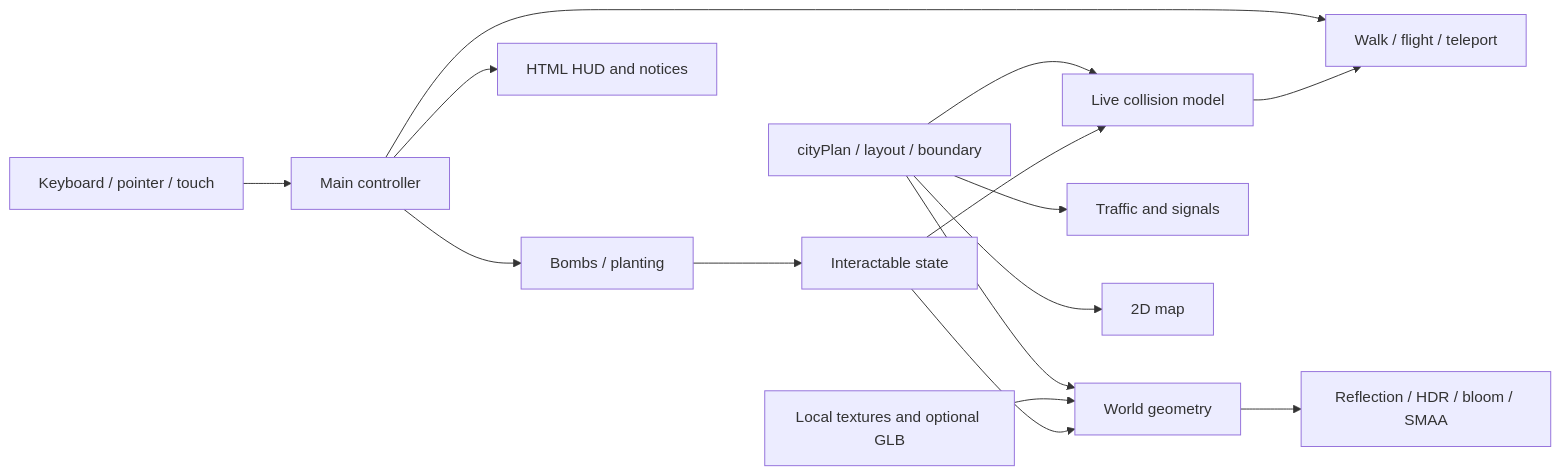
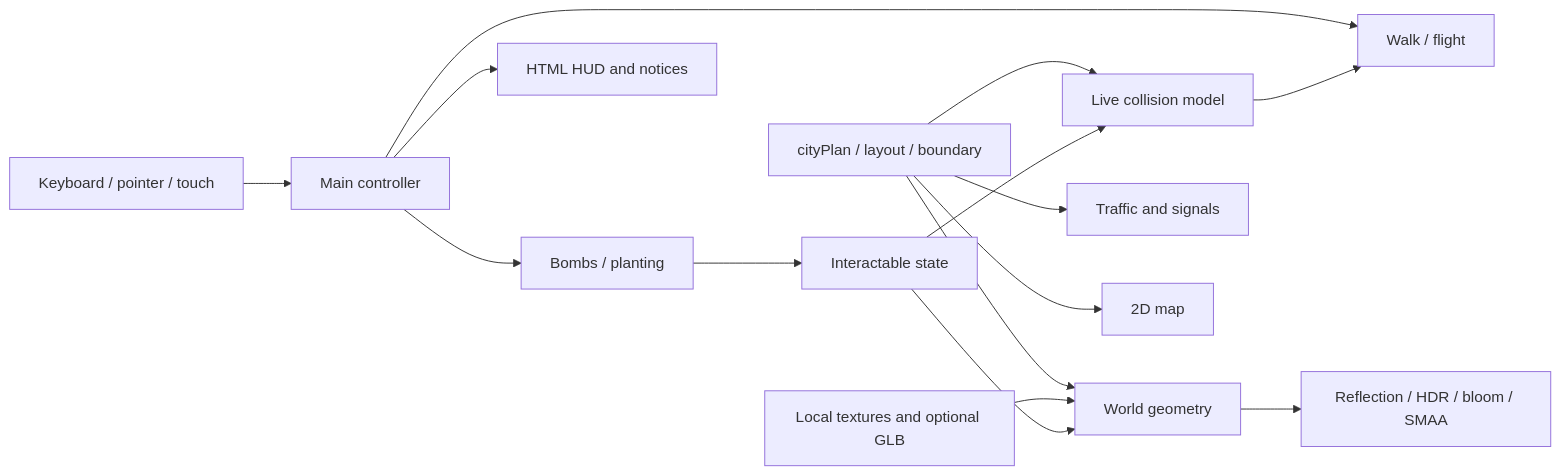
Before and after one commit to hckmstrrahul/rpg-isomaptric: the diagram in docs/ENGINEERING.md, drawn with Mermaid. The commit also changed other lines of this file and 12 other files, not shown here.

````diff
--- a/docs/ENGINEERING.md
+++ b/docs/ENGINEERING.md
@@ -9,17 +9,17 @@
 ```mermaid
 flowchart LR
   Plan[cityPlan / layout / boundary] --> World[World geometry]
   Plan --> Collision[Live collision model]
   Plan --> Traffic[Traffic and signals]
   Plan --> Map[2D map]
   Assets[Local textures and optional GLB] --> World
   Input[Keyboard / pointer / touch] --> Controller[Main controller]
-  Controller --> Travel[Walk / flight / teleport]
+  Controller --> Travel[Walk / flight]
   Collision --> Travel
   Controller --> Sandbox[Bombs / planting]
   Sandbox --> Objects[Interactable state]
   Objects --> Collision
   Objects --> World
   World --> Render[Reflection / HDR / bloom / SMAA]
   Controller --> HUD[HTML HUD and notices]
 ```
````
